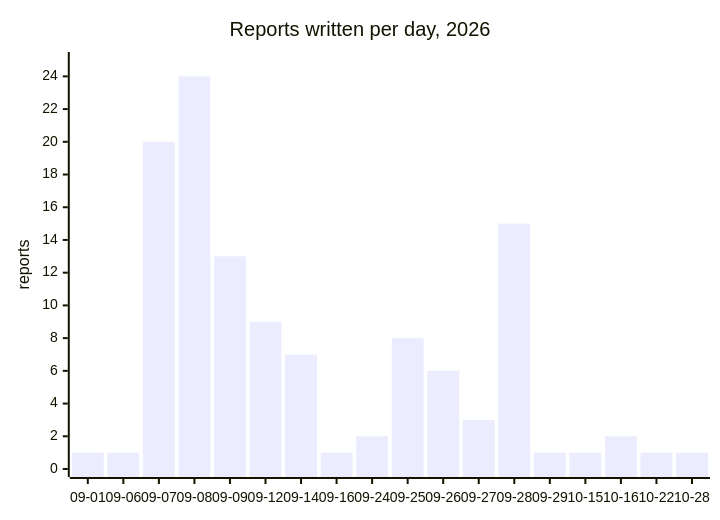
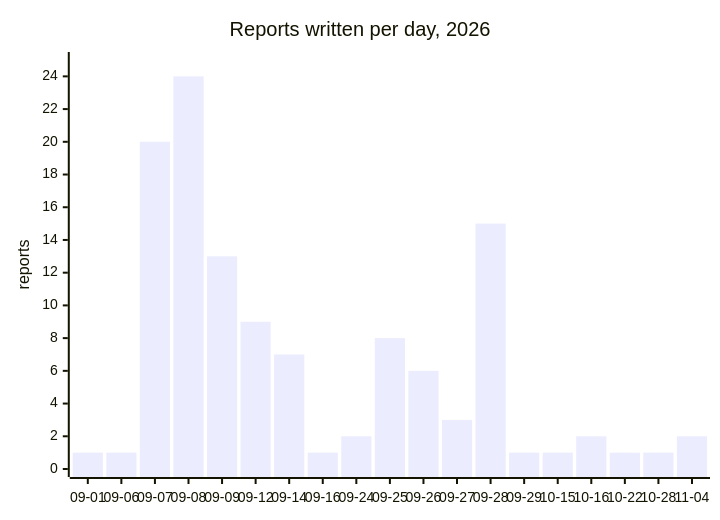
One commit to cluster2600/porscheparts changed the diagram in docs/reports/README.md. Above: the diagram before and after it, drawn with Mermaid. The commit also changed other lines of this file and 34 other files, not shown here.

````diff
--- a/docs/reports/README.md
+++ b/docs/reports/README.md
@@ -7,7 +7,7 @@
 ```mermaid
 xychart-beta
     title "Reports written per day, 2026"
-    x-axis ["09-01", "09-06", "09-07", "09-08", "09-09", "09-12", "09-14", "09-16", "09-24", "09-25", "09-26", "09-27", "09-28", "09-29", "10-15", "10-16", "10-22", "10-28"]
+    x-axis ["09-01", "09-06", "09-07", "09-08", "09-09", "09-12", "09-14", "09-16", "09-24", "09-25", "09-26", "09-27", "09-28", "09-29", "10-15", "10-16", "10-22", "10-28", "11-04"]
     y-axis "reports" 0 --> 25
-    bar [1, 1, 20, 24, 13, 9, 7, 1, 2, 8, 6, 3, 15, 1, 1, 2, 1, 1]
+    bar [1, 1, 20, 24, 13, 9, 7, 1, 2, 8, 6, 3, 15, 1, 1, 2, 1, 1, 2]
 ```
````
